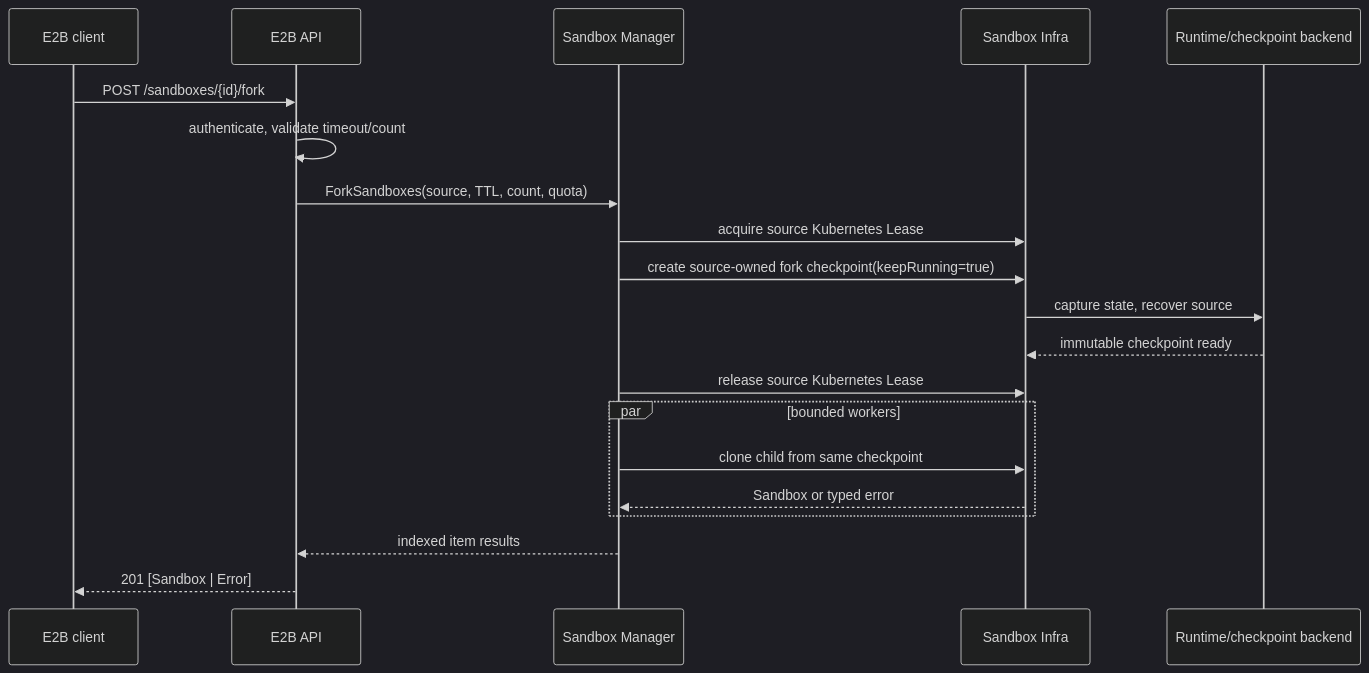
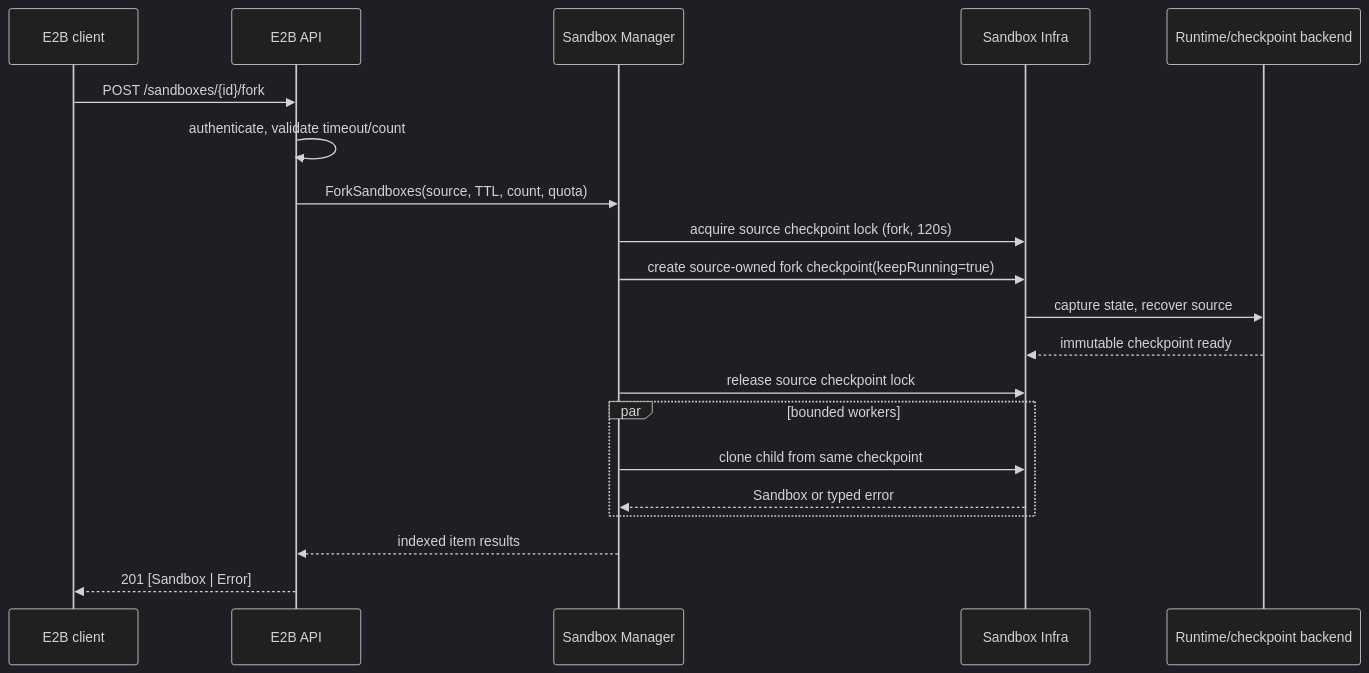
Before and after one commit to openkruise/agents: the diagram in docs/proposals/20260928-e2b-sandbox-fork.md, drawn with Mermaid (dark theme). The commit also changed other lines of this file and 20 other files, not shown here.

First line of the commit message:
refactor(e2b): serialize checkpoints with a sandbox checkpoint lock

````diff
--- a/docs/proposals/20260928-e2b-sandbox-fork.md
+++ b/docs/proposals/20260928-e2b-sandbox-fork.md
@@ -381,23 +554,23 @@
 ```mermaid
 sequenceDiagram
     participant C as E2B client
     participant A as E2B API
     participant M as Sandbox Manager
     participant I as Sandbox Infra
     participant R as Runtime/checkpoint backend
 
     C->>A: POST /sandboxes/{id}/fork
     A->>A: authenticate, validate timeout/count
     A->>M: ForkSandboxes(source, TTL, count, quota)
-    M->>I: acquire source Kubernetes Lease
+    M->>I: acquire source checkpoint lock (fork, 120s)
     M->>I: create source-owned fork checkpoint(keepRunning=true)
     I->>R: capture state, recover source
     R-->>I: immutable checkpoint ready
-    M->>I: release source Kubernetes Lease
+    M->>I: release source checkpoint lock
     par bounded workers
         M->>I: clone child from same checkpoint
         I-->>M: Sandbox or typed error
     end
     M-->>A: indexed item results
     A-->>C: 201 [Sandbox | Error]
 ```
````
